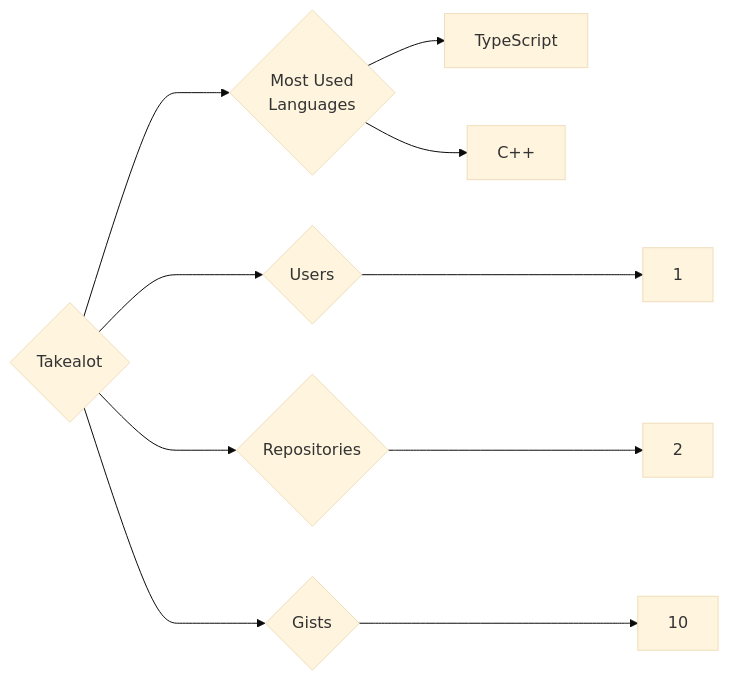
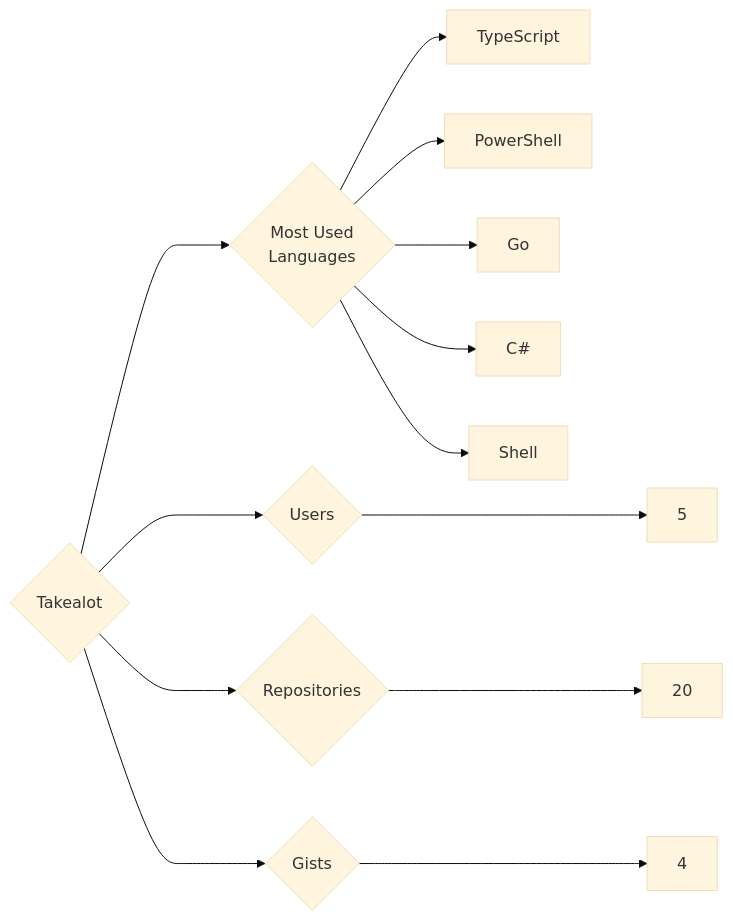
The diagram in targets/Takealot/README.md (trickest/insiders), drawn with Mermaid (base theme) before and after one commit. The commit also changed 796 other files, not shown here.

````diff
--- a/targets/Takealot/README.md
+++ b/targets/Takealot/README.md
@@ -3,10 +3,13 @@
 ```mermaid
 graph LR
 COMPANY_NAME{Takealot}
-COMPANY_NAME ---> U{Users} ---> UN[1]
-COMPANY_NAME ---> R{Repositories} ---> RN[2]
-COMPANY_NAME ---> G{Gists} ---> GN[10]
+COMPANY_NAME ---> U{Users} ---> UN[5]
+COMPANY_NAME ---> R{Repositories} ---> RN[20]
+COMPANY_NAME ---> G{Gists} ---> GN[4]
 COMPANY_NAME ---> ML{Most Used<br>Languages}
 ML --> TypeScript[TypeScript]
-ML --> C++[C++]
+ML --> PowerShell[PowerShell]
+ML --> Go[Go]
+ML --> C#[C#]
+ML --> Shell[Shell]
 ```
````
